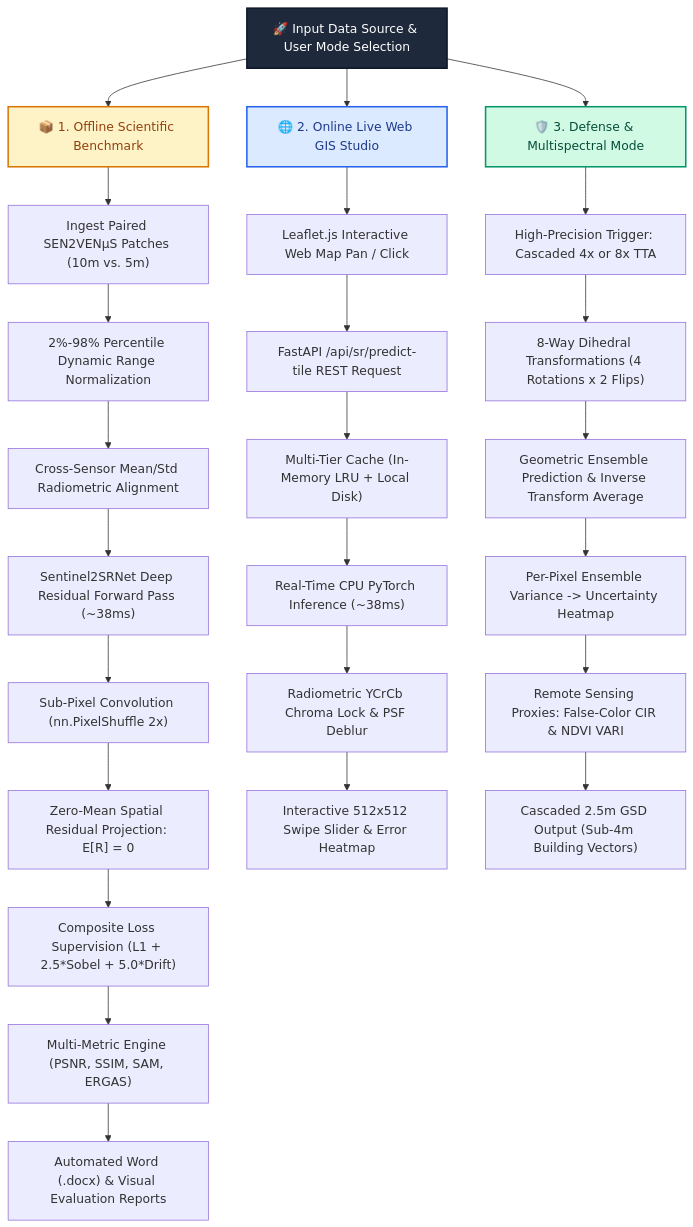
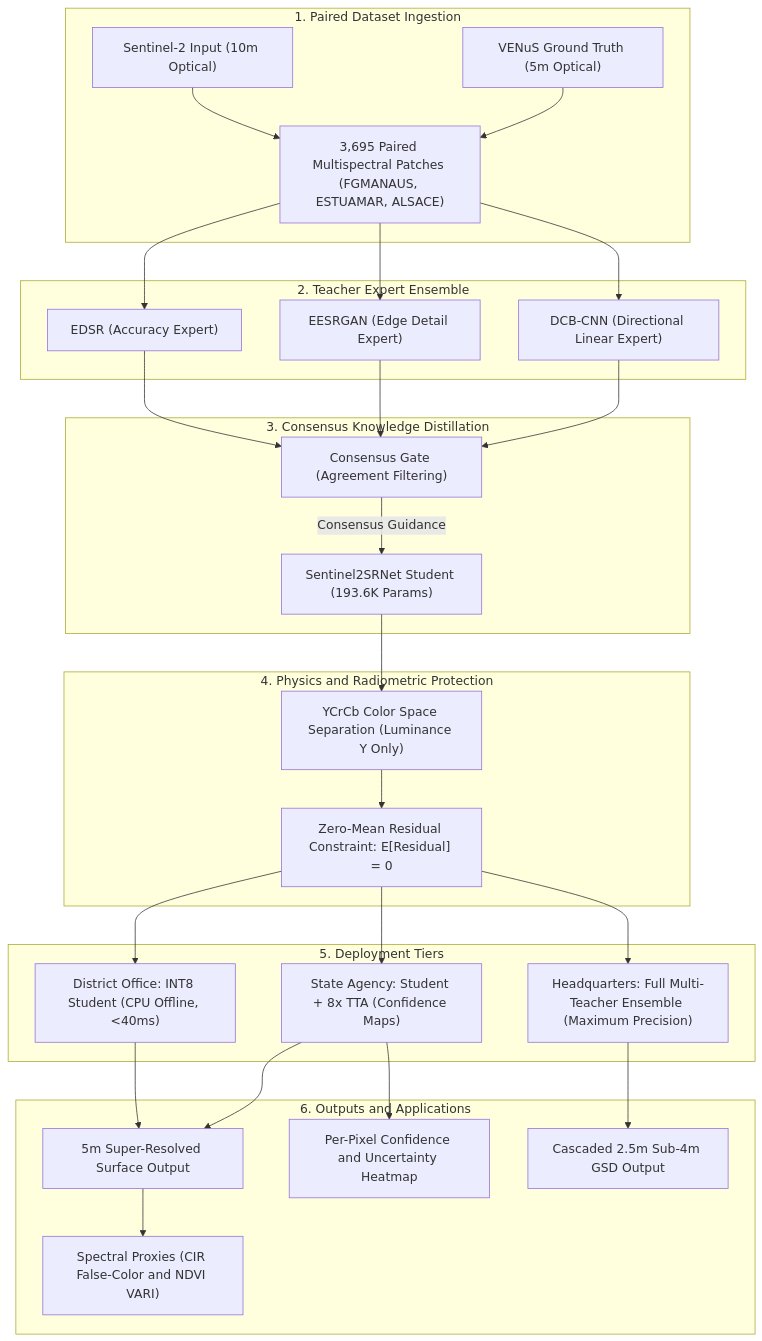
One commit to gamerdox/sr-mapping changed the diagram in README.md. Above: the diagram before and after it, drawn with Mermaid. The commit also changed other lines of this file, not shown here.

Commit message:
docs: update README with teacher-student architecture and test metrics

````diff
--- a/README.md
+++ b/README.md
@@ -37,38 +36,56 @@
 ```mermaid
 graph TD
-    Start["🚀 Input Data Source & User Mode Selection"] --> BranchA["📦 1. Offline Scientific Benchmark"]
-    Start --> BranchB["🌐 2. Online Live Web GIS Studio"]
-    Start --> BranchC["🛡️ 3. Defense & Multispectral Mode"]
+    subgraph DataIngestion ["1. Paired Dataset Ingestion"]
+        S2["Sentinel-2 Input (10m Optical)"]
+        VENUS["VENuS Ground Truth (5m Optical)"]
+        PAIRS["3,695 Paired Multispectral Patches (FGMANAUS, ESTUAMAR, ALSACE)"]
+        S2 --> PAIRS
+        VENUS --> PAIRS
+    end
 
-    %% Branch A
-    BranchA --> A1["Ingest Paired SEN2VENµS Patches (10m vs. 5m)"]
-    A1 --> A2["2%-98% Percentile Dynamic Range Normalization"]
-    A2 --> A3["Cross-Sensor Mean/Std Radiometric Alignment"]
-    A3 --> A4["Sentinel2SRNet Deep Residual Forward Pass (~38ms)"]
-    A4 --> A5["Sub-Pixel Convolution (nn.PixelShuffle 2x)"]
-    A5 --> A6["Zero-Mean Spatial Residual Projection: E[R] = 0"]
-    A6 --> A7["Composite Loss Supervision (L1 + 2.5*Sobel + 5.0*Drift)"]
-    A7 --> A8["Multi-Metric Engine (PSNR, SSIM, SAM, ERGAS)"]
-    A8 --> A9["Automated Word (.docx) & Visual Evaluation Reports"]
+    subgraph TeacherModels ["2. Teacher Expert Ensemble"]
+        EDSR["EDSR (Accuracy Expert)"]
+        EESRGAN["EESRGAN (Edge Detail Expert)"]
+        DCBCNN["DCB-CNN (Directional Linear Expert)"]
+        PAIRS --> EDSR
+        PAIRS --> EESRGAN
+        PAIRS --> DCBCNN
+    end
 
-    %% Branch B
-    BranchB --> B1["Leaflet.js Interactive Web Map Pan / Click"]
-    B1 --> B2["FastAPI /api/sr/predict-tile REST Request"]
-    B2 --> B3["Multi-Tier Cache (In-Memory LRU + Local Disk)"]
-    B3 --> B4["Real-Time CPU PyTorch Inference (~38ms)"]
-    B4 --> B5["Radiometric YCrCb Chroma Lock & PSF Deblur"]
-    B5 --> B6["Interactive 512x512 Swipe Slider & Error Heatmap"]
+    subgraph Distillation ["3. Consensus Knowledge Distillation"]
+        CONSENSUS["Consensus Gate (Agreement Filtering)"]
+        EDSR --> CONSENSUS
+        EESRGAN --> CONSENSUS
+        DCBCNN --> CONSENSUS
+        STUDENT["Sentinel2SRNet Student (193.6K Params)"]
+        CONSENSUS -->|Consensus Guidance| STUDENT
+    end
 
-    %% Branch C
-    BranchC --> C1["High-Precision Trigger: Cascaded 4x or 8x TTA"]
-    C1 --> C2["8-Way Dihedral Transformations (4 Rotations x 2 Flips)"]
-    C2 --> C3["Geometric Ensemble Prediction & Inverse Transform Average"]
-    C3 --> C4["Per-Pixel Ensemble Variance -> Uncertainty Heatmap"]
-    C4 --> C5["Remote Sensing Proxies: False-Color CIR & NDVI VARI"]
-    C5 --> C6["Cascaded 2.5m GSD Output (Sub-4m Building Vectors)"]
+    subgraph Optimization ["4. Physics and Radiometric Protection"]
+        YCRCB["YCrCb Color Space Separation (Luminance Y Only)"]
+        ZEROMEAN["Zero-Mean Residual Constraint: E[Residual] = 0"]
+        STUDENT --> YCRCB
+        YCRCB --> ZEROMEAN
+    end
 
-    style Start fill:#1E293B,stroke:#0F172A,stroke-width:2px,color:#fff
-    style BranchA fill:#FEF3C7,stroke:#D97706,stroke-width:2px,color:#92400E
-    style BranchB fill:#DBEAFE,stroke:#2563EB,stroke-width:2px,color:#1E3A8A
-    style BranchC fill:#D1FAE5,stroke:#059669,stroke-width:2px,color:#064E3B
+    subgraph DeliveryTiers ["5. Deployment Tiers"]
+        DISTRICT["District Office: INT8 Student (CPU Offline, <40ms)"]
+        STATE["State Agency: Student + 8x TTA (Confidence Maps)"]
+        HQ["Headquarters: Full Multi-Teacher Ensemble (Maximum Precision)"]
+        ZEROMEAN --> DISTRICT
+        ZEROMEAN --> STATE
+        ZEROMEAN --> HQ
+    end
+
+    subgraph Application ["6. Outputs and Applications"]
+        OUT5M["5m Super-Resolved Surface Output"]
+        OUT25M["Cascaded 2.5m Sub-4m GSD Output"]
+        CONF["Per-Pixel Confidence and Uncertainty Heatmap"]
+        SPECTRAL["Spectral Proxies (CIR False-Color and NDVI VARI)"]
+        DISTRICT --> OUT5M
+        STATE --> OUT5M
+        STATE --> CONF
+        HQ --> OUT25M
+        OUT5M --> SPECTRAL
+    end
 ```
````
